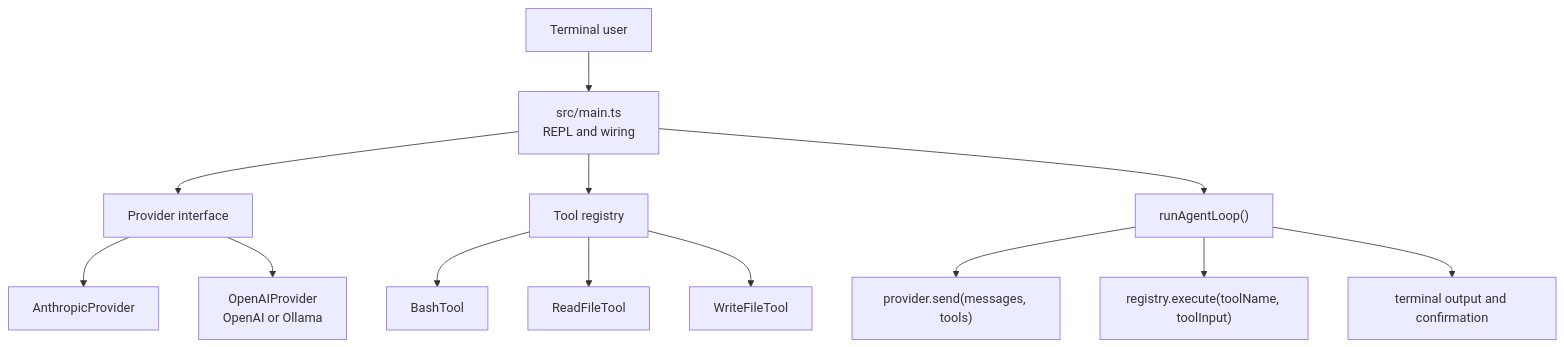
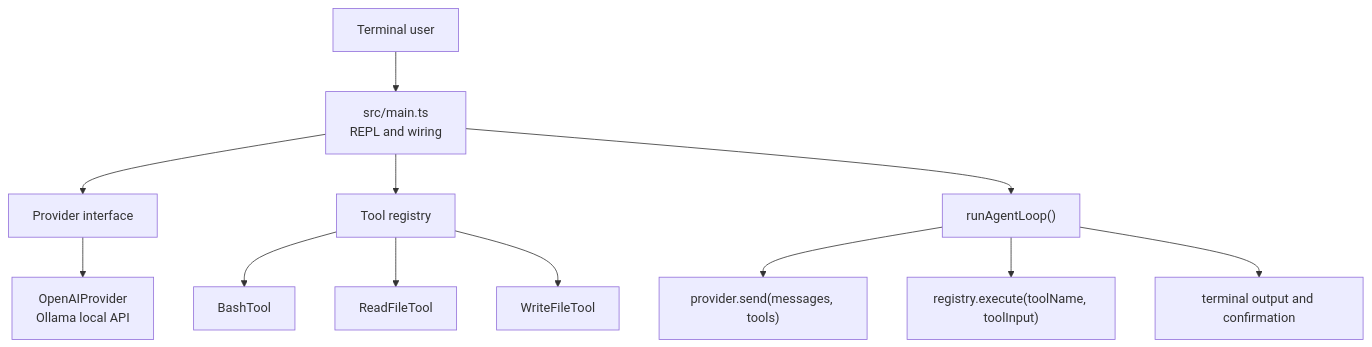
One commit to Lemoncode/demos-herramientas-ai-aplicadas-al-desarrollo changed the first of 2 diagrams in RAG-01-core/docs/architecture.md. Above: the diagram before and after it, drawn with Mermaid. The commit also changed other lines of this file and 8 other files, not shown here.

````diff
--- a/RAG-01-core/docs/architecture.md
+++ b/RAG-01-core/docs/architecture.md
@@ -7,18 +7,17 @@
 ```mermaid
 flowchart TD
   user["Terminal user"] --> main["src/main.ts<br/>REPL and wiring"]
   main --> provider["Provider interface"]
   main --> registry["Tool registry"]
   main --> loop["runAgentLoop()"]
 
-  provider --> anthropic["AnthropicProvider"]
-  provider --> openai["OpenAIProvider<br/>OpenAI or Ollama"]
+  provider --> openai["OpenAIProvider<br/>Ollama local API"]
 
   registry --> bash["BashTool"]
   registry --> read["ReadFileTool"]
   registry --> write["WriteFileTool"]
 
   loop --> send["provider.send(messages, tools)"]
   loop --> exec["registry.execute(toolName, toolInput)"]
   loop --> ui["terminal output and confirmation"]
 ```
````
